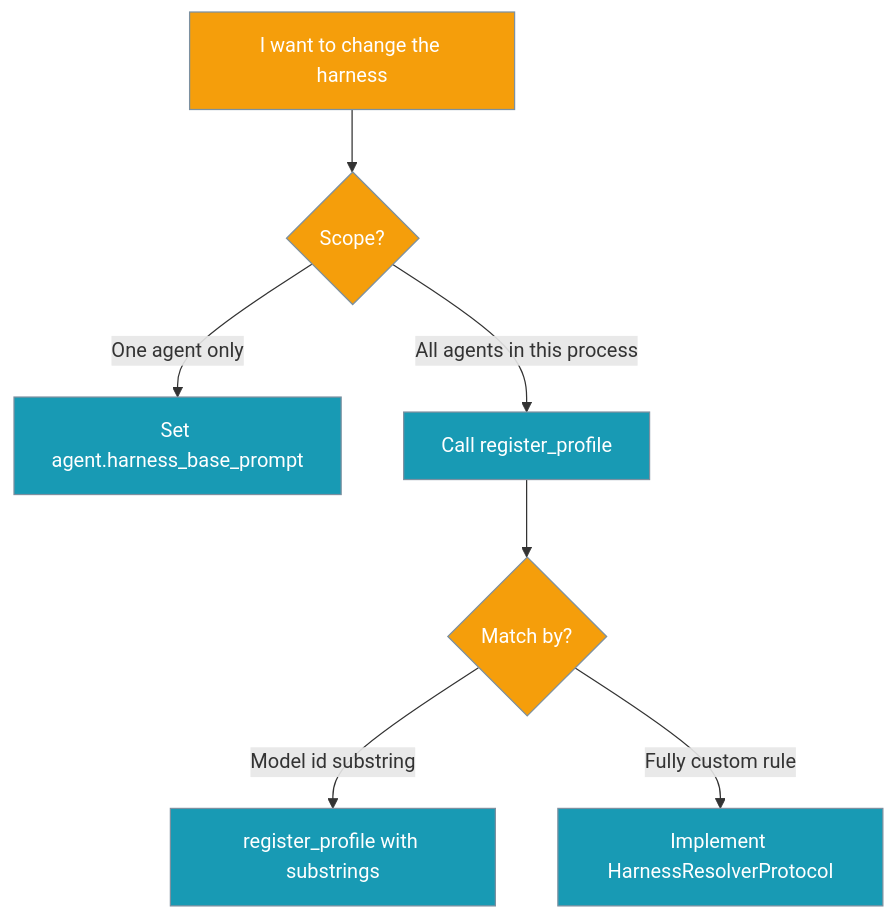
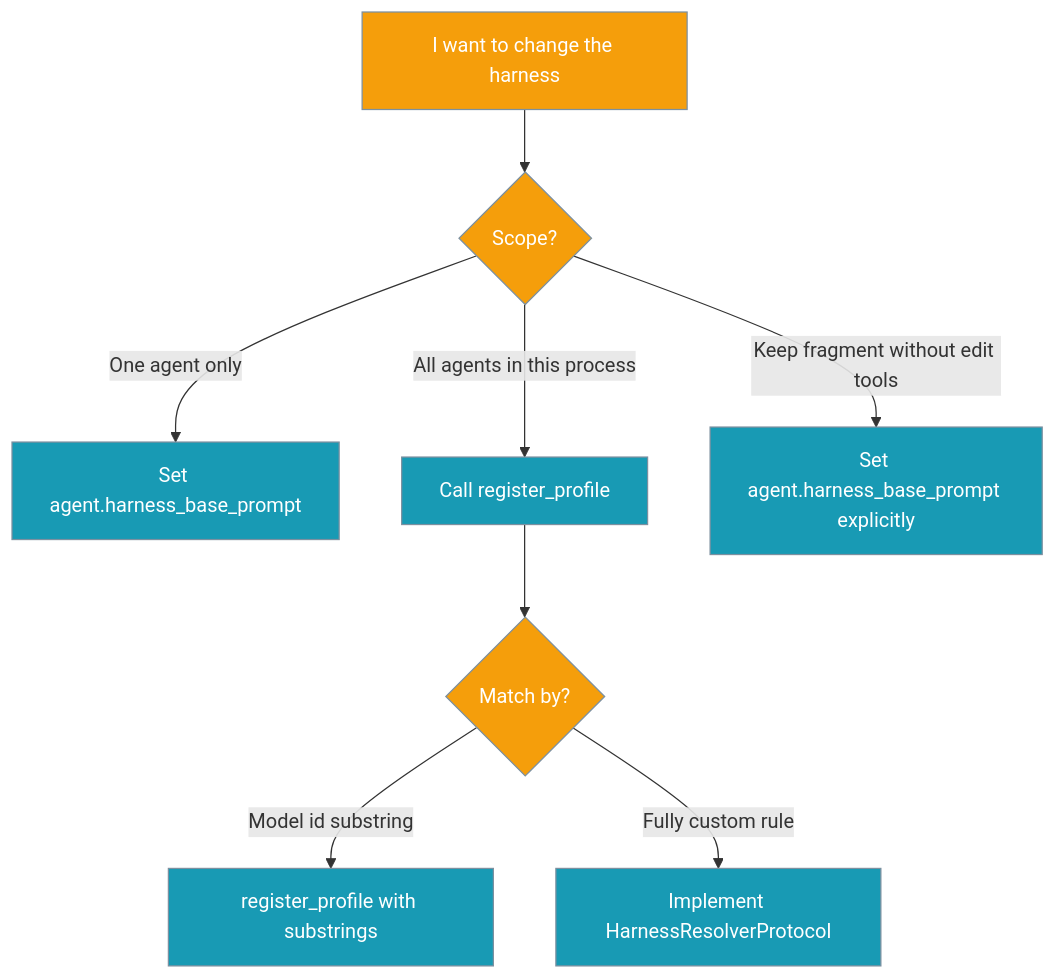
The third of 3 diagrams in docs/features/model-harness.mdx (MervinPraison/PraisonAIDocs), drawn with Mermaid before and after one commit. The commit also changed other lines of this file and 1 other file, not shown here.

Commit message:
fix: document tool-gated harness hint and instructions dedup (fixes #4907)

````diff
--- a/docs/features/model-harness.mdx
+++ b/docs/features/model-harness.mdx
@@ -173,15 +193,16 @@
 ```mermaid
 graph TB
     Start[I want to change the harness]
     Start --> Scope{Scope?}
     Scope -->|One agent only| Attr[Set agent.harness_base_prompt]
     Scope -->|All agents in this process| Reg[Call register_profile]
+    Scope -->|Keep fragment without edit tools| Keep[Set agent.harness_base_prompt explicitly]
     Reg --> Match{Match by?}
     Match -->|Model id substring| RegSub[register_profile with substrings]
     Match -->|Fully custom rule| Proto[Implement HarnessResolverProtocol]
 
     classDef decision fill:#F59E0B,stroke:#7C90A0,color:#fff
     classDef action fill:#189AB4,stroke:#7C90A0,color:#fff
     class Start,Scope,Match decision
-    class Attr,Reg,RegSub,Proto action
+    class Attr,Reg,RegSub,Proto,Keep action
 ```
````
